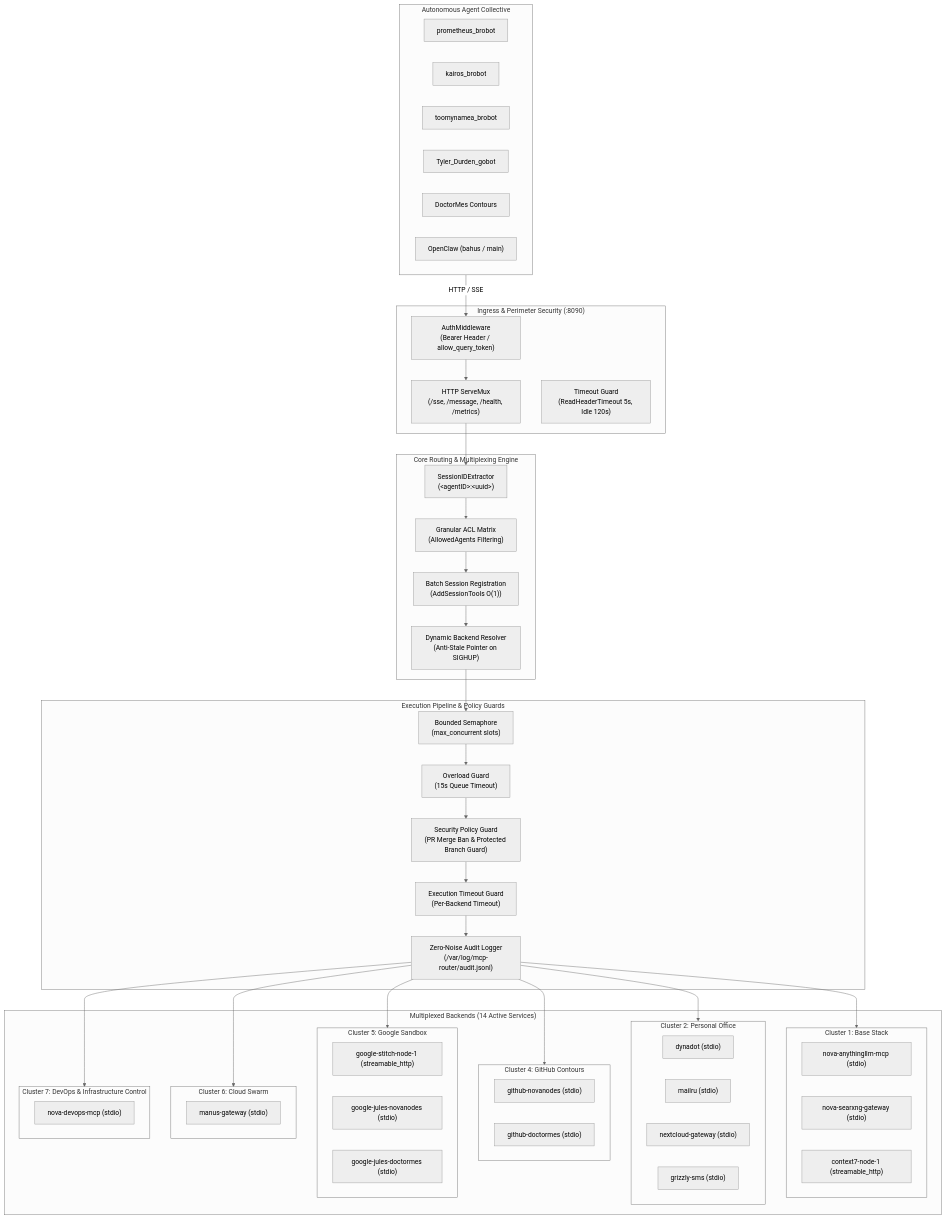
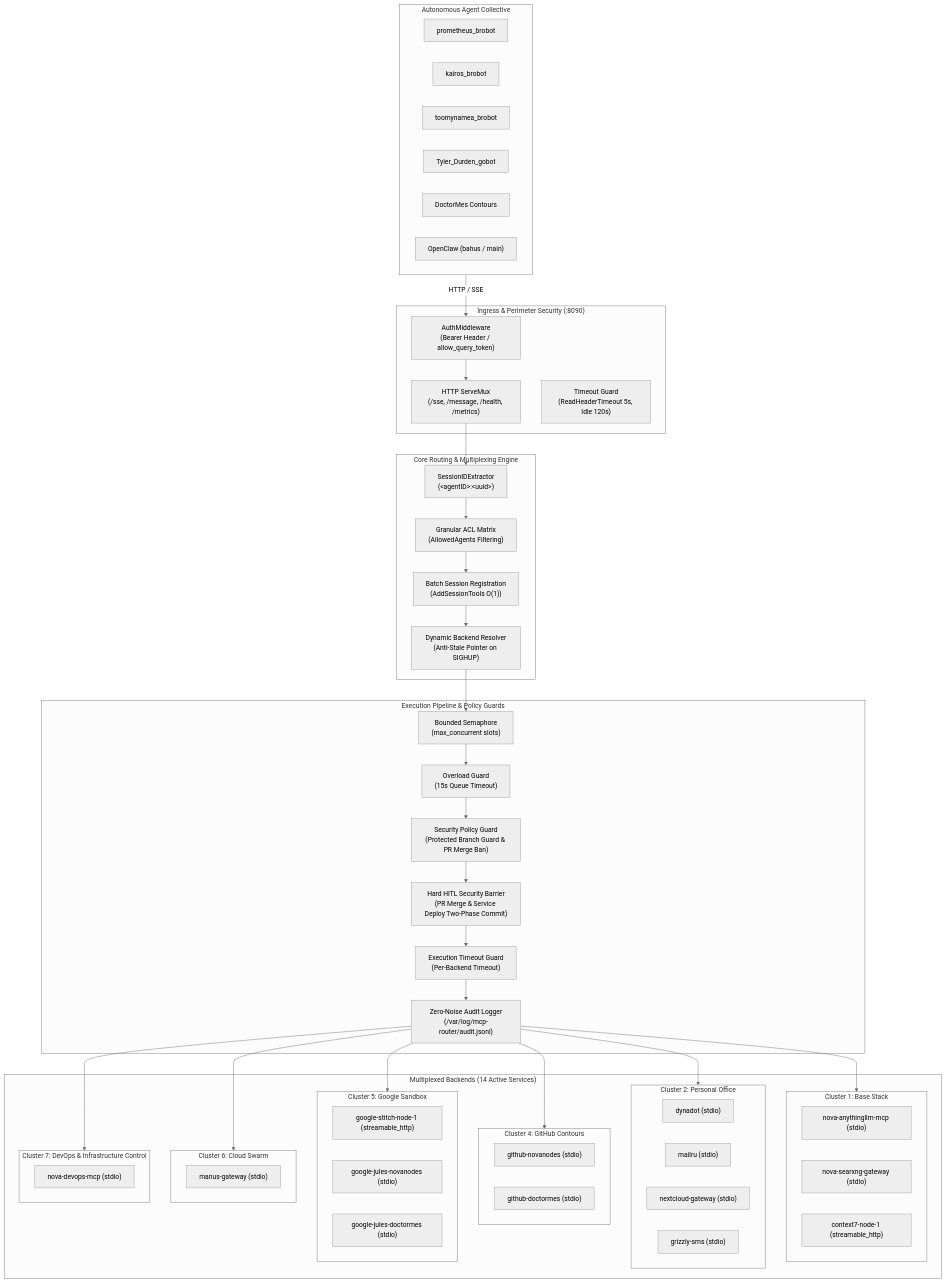
The diagram in ARCHITECTURE.md (TheNovaNodes/mcp-router), drawn with Mermaid (neutral theme) before and after one commit. The commit also changed other lines of this file and 6 other files, not shown here.

Commit message:
feat(security): implement Hard HITL Guard for PR merge and deploy with role matrix invariants

````diff
--- a/ARCHITECTURE.md
+++ b/ARCHITECTURE.md
@@ -9,74 +9,76 @@
 ```mermaid
 flowchart TD
     subgraph Agents["Autonomous Agent Collective"]
         A1["prometheus_brobot"]
         A2["kairos_brobot"]
         A3["toomynamea_brobot"]
         A4["Tyler_Durden_gobot"]
         A5["DoctorMes Contours"]
         A6["OpenClaw (bahus / main)"]
     end
 
     subgraph Ingress["Ingress & Perimeter Security (:8090)"]
         AUTH["AuthMiddleware<br/>(Bearer Header / allow_query_token)"]
         ROUTER["HTTP ServeMux<br/>(/sse, /message, /health, /metrics)"]
         DOS["Timeout Guard<br/>(ReadHeaderTimeout 5s, Idle 120s)"]
     end
 
     subgraph Engine["Core Routing & Multiplexing Engine"]
         EXTRACT["SessionIDExtractor<br/>(&lt;agentID&gt;:&lt;uuid&gt;)"]
         ACL["Granular ACL Matrix<br/>(AllowedAgents Filtering)"]
         BATCH["Batch Session Registration<br/>(AddSessionTools O(1))"]
         DYNAMIC["Dynamic Backend Resolver<br/>(Anti-Stale Pointer on SIGHUP)"]
     end
 
     subgraph Guards["Execution Pipeline & Policy Guards"]
         SEM["Bounded Semaphore<br/>(max_concurrent slots)"]
         OVERLOAD["Overload Guard<br/>(15s Queue Timeout)"]
-        BRANCH_GUARD["Security Policy Guard<br/>(PR Merge Ban & Protected Branch Guard)"]
+        BRANCH_GUARD["Security Policy Guard<br/>(Protected Branch Guard & PR Merge Ban)"]
+        HITL_GUARD["Hard HITL Security Barrier<br/>(PR Merge & Service Deploy Two-Phase Commit)"]
         TIMEOUT["Execution Timeout Guard<br/>(Per-Backend Timeout)"]
         AUDIT["Zero-Noise Audit Logger<br/>(/var/log/mcp-router/audit.jsonl)"]
     end
 
     subgraph Backends["Multiplexed Backends (14 Active Services)"]
         subgraph C1["Cluster 1: Base Stack"]
             B_ALM["nova-anythingllm-mcp (stdio)"]
             B_SEARX["nova-searxng-gateway (stdio)"]
             B_CTX7["context7-node-1 (streamable_http)"]
         end
         subgraph C2["Cluster 2: Personal Office"]
             B_DYNA["dynadot (stdio)"]
             B_MAIL["mailru (stdio)"]
             B_NC_GW["nextcloud-gateway (stdio)"]
             B_GRIZZLY["grizzly-sms (stdio)"]
         end
         subgraph C4["Cluster 4: GitHub Contours"]
             B_GH_NOVA["github-novanodes (stdio)"]
             B_GH_DOC["github-doctormes (stdio)"]
         end
         subgraph C5["Cluster 5: Google Sandbox"]
             B_STITCH["google-stitch-node-1 (streamable_http)"]
             B_JULES_NOVA["google-jules-novanodes (stdio)"]
             B_JULES_DOC["google-jules-doctormes (stdio)"]
         end
         subgraph C6["Cluster 6: Cloud Swarm"]
             B_MANUS["manus-gateway (stdio)"]
         end
         subgraph C7["Cluster 7: DevOps & Infrastructure Control"]
             B_DEVOPS["nova-devops-mcp (stdio)"]
         end
     end
 
     Agents -->|HTTP / SSE| AUTH
     AUTH --> ROUTER
     ROUTER --> EXTRACT
     EXTRACT --> ACL
     ACL --> BATCH
     BATCH --> DYNAMIC
     DYNAMIC --> SEM
     SEM --> OVERLOAD
     OVERLOAD --> BRANCH_GUARD
-    BRANCH_GUARD --> TIMEOUT
+    BRANCH_GUARD --> HITL_GUARD
+    HITL_GUARD --> TIMEOUT
     TIMEOUT --> AUDIT
     AUDIT --> C1 & C2 & C4 & C5 & C6 & C7
 ```
````
